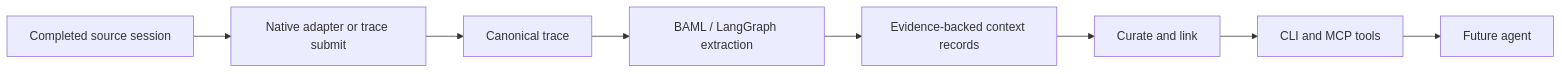
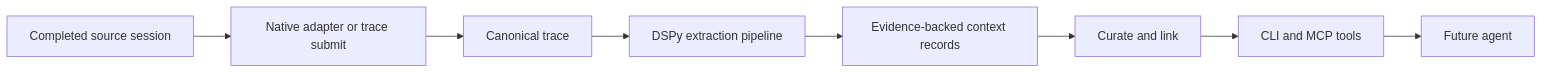
The diagram in README.md (nablo-io/lerim), drawn with Mermaid before and after one commit. The commit also changed 140 other files, not shown here.

````diff
--- a/README.md
+++ b/README.md
@@ -155,10 +155,10 @@
 ```mermaid
 flowchart LR
     source[Completed source session] --> adapter[Native adapter or trace submit]
     adapter --> normalized[Canonical trace]
-    normalized --> extractor[BAML / LangGraph extraction]
+    normalized --> extractor[DSPy extraction pipeline]
     extractor --> records[Evidence-backed context records]
     records --> curate[Curate and link]
     curate --> tools[CLI and MCP tools]
     tools --> agent[Future agent]
 ```
````
